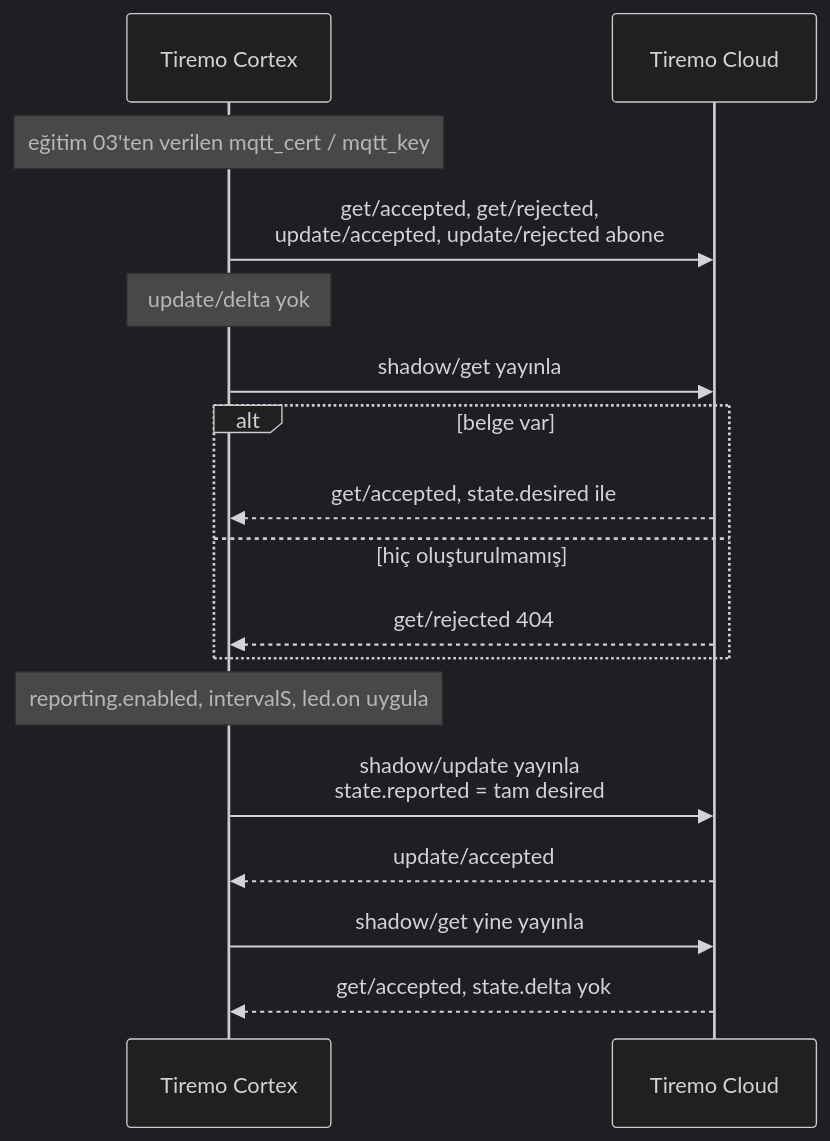
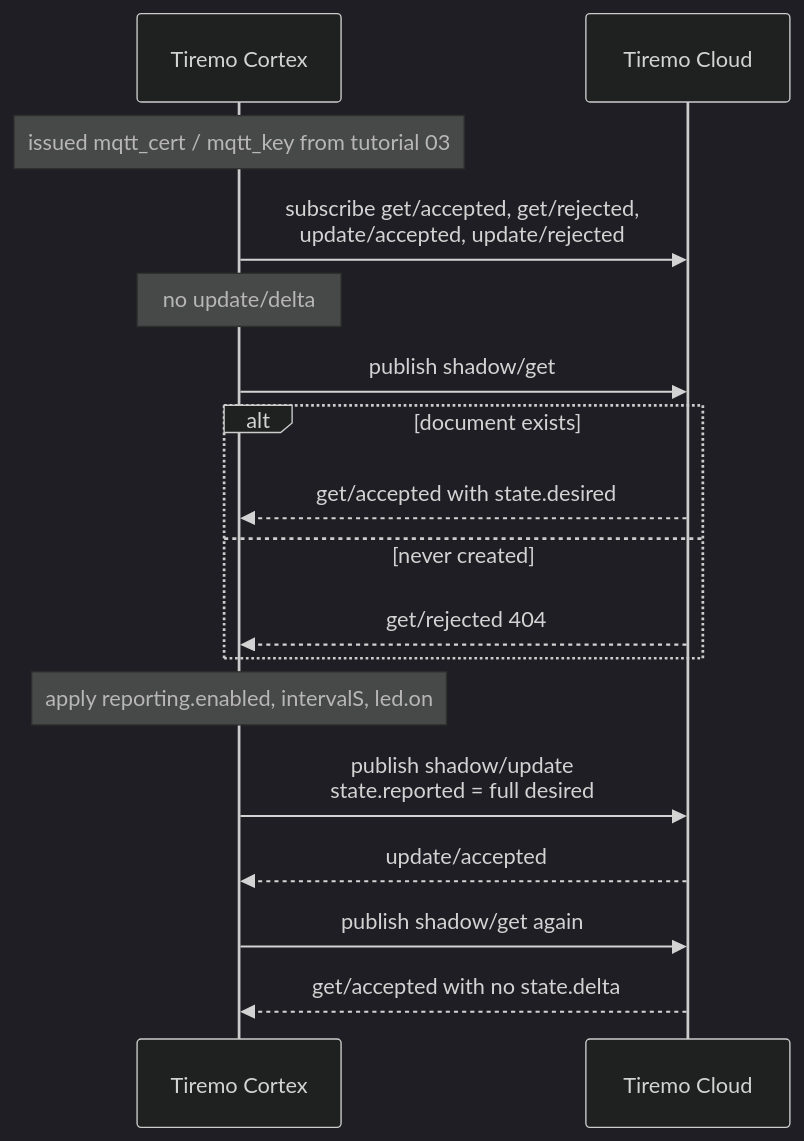
One commit to Empa-Electronics/Tiremo-Cortex-Tutorials changed the first of 2 diagrams in docs-tr/Tiremo_Cloud/Feature_Tutorials/04-Shadow_Get_Apply_Report/README.md. Above: the diagram before and after it, drawn with Mermaid (dark theme). The commit also changed other lines of this file and 50 other files, not shown here.

````diff
--- a/docs-tr/Tiremo_Cloud/Feature_Tutorials/04-Shadow_Get_Apply_Report/README.md
+++ b/docs-tr/Tiremo_Cloud/Feature_Tutorials/04-Shadow_Get_Apply_Report/README.md
@@ -47,20 +48,20 @@
 ```mermaid
 sequenceDiagram
     participant Board as Tiremo Cortex
     participant Cloud as Tiremo Cloud
 
-    Note over Board: eğitim 03'ten verilen mqtt_cert / mqtt_key
-    Board->>Cloud: get/accepted, get/rejected,<br/>update/accepted, update/rejected abone
-    Note over Board: update/delta yok
-    Board->>Cloud: shadow/get yayınla
-    alt belge var
-        Cloud-->>Board: get/accepted, state.desired ile
-    else hiç oluşturulmamış
+    Note over Board: issued mqtt_cert / mqtt_key from tutorial 03
+    Board->>Cloud: subscribe get/accepted, get/rejected,<br/>update/accepted, update/rejected
+    Note over Board: no update/delta
+    Board->>Cloud: publish shadow/get
+    alt document exists
+        Cloud-->>Board: get/accepted with state.desired
+    else never created
         Cloud-->>Board: get/rejected 404
     end
-    Note over Board: reporting.enabled, intervalS, led.on uygula
-    Board->>Cloud: shadow/update yayınla<br/>state.reported = tam desired
+    Note over Board: apply reporting.enabled, intervalS, led.on
+    Board->>Cloud: publish shadow/update<br/>state.reported = full desired
     Cloud-->>Board: update/accepted
-    Board->>Cloud: shadow/get yine yayınla
-    Cloud-->>Board: get/accepted, state.delta yok
+    Board->>Cloud: publish shadow/get again
+    Cloud-->>Board: get/accepted with no state.delta
 ```
````
